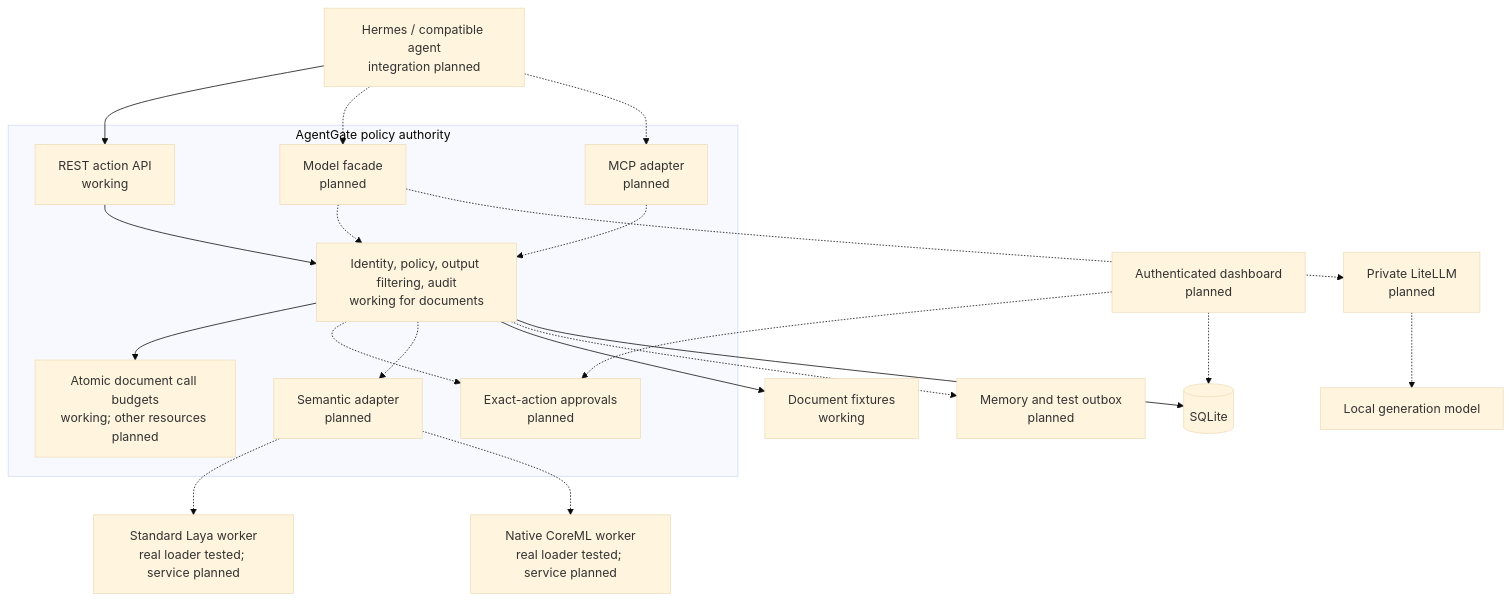
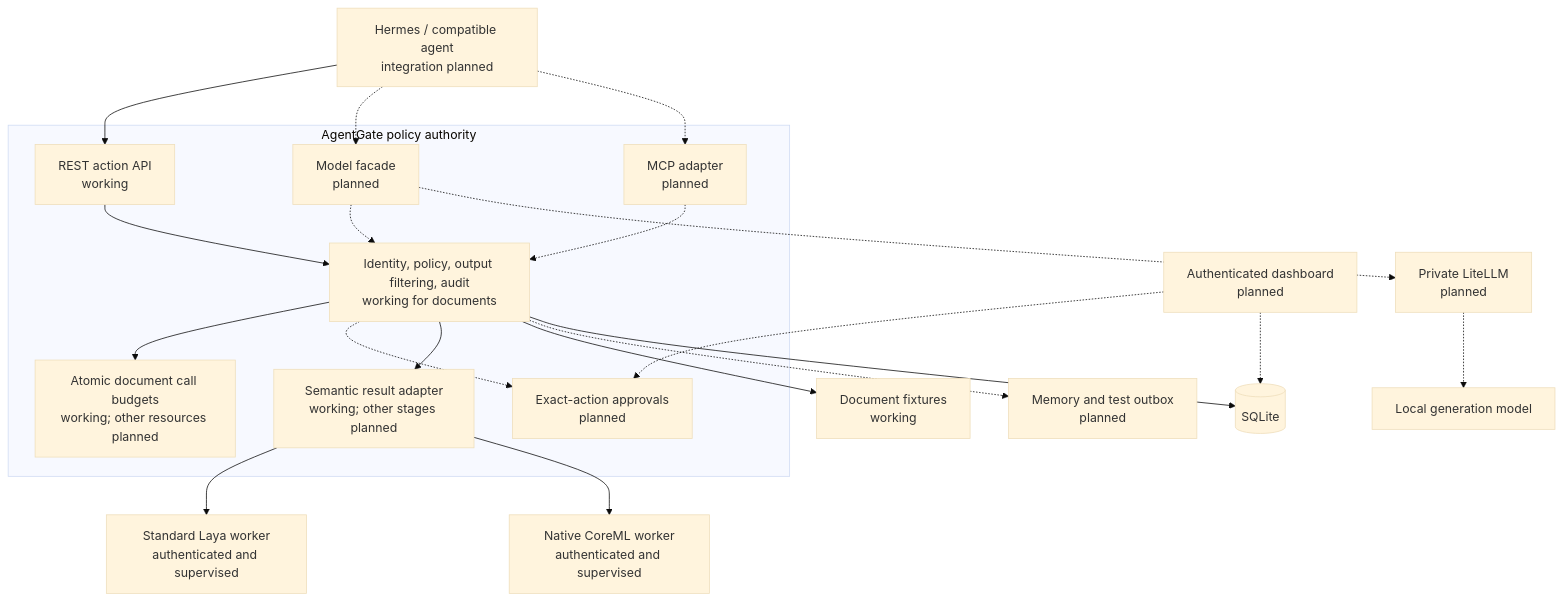
Before and after one commit to bsisduck/laya-layer: the second of 3 diagrams in docs/architecture.md, drawn with Mermaid (base theme). The commit also changed other lines of this file and 10 other files, not shown here.

Commit message:
Document real worker behavior and unresolved classifier quality

````diff
--- a/docs/architecture.md
+++ b/docs/architecture.md
@@ -35,31 +36,31 @@
 ```mermaid
 flowchart TB
     Agent["Hermes / compatible agent<br/>integration planned"]
     subgraph Boundary["AgentGate policy authority"]
         REST["REST action API<br/>working"]
         Model["Model facade<br/>planned"]
         MCP["MCP adapter<br/>planned"]
         Core["Identity, policy, output filtering, audit<br/>working for documents"]
         Budget["Atomic document call budgets<br/>working; other resources planned"]
         Approval["Exact-action approvals<br/>planned"]
-        Sem["Semantic adapter<br/>planned"]
+        Sem["Semantic result adapter<br/>working; other stages planned"]
     end
     Agent --> REST
     Agent -.-> Model
     Agent -.-> MCP
     REST --> Core
     Model -.-> Core
     MCP -.-> Core
     Core --> Budget
     Core -.-> Approval
-    Core -.-> Sem
-    Sem -.-> Laya["Standard Laya worker<br/>real loader tested; service planned"]
-    Sem -.-> Apple["Native CoreML worker<br/>real loader tested; service planned"]
+    Core --> Sem
+    Sem --> Laya["Standard Laya worker<br/>authenticated and supervised"]
+    Sem --> Apple["Native CoreML worker<br/>authenticated and supervised"]
     Core --> Docs["Document fixtures<br/>working"]
     Core -.-> Tools["Memory and test outbox<br/>planned"]
     Model -.-> Lite["Private LiteLLM<br/>planned"]
     Lite -.-> Local["Local generation model"]
     Core --> DB[("SQLite")]
     Admin["Authenticated dashboard<br/>planned"] -.-> DB
     Admin -.-> Approval
 ```
````
